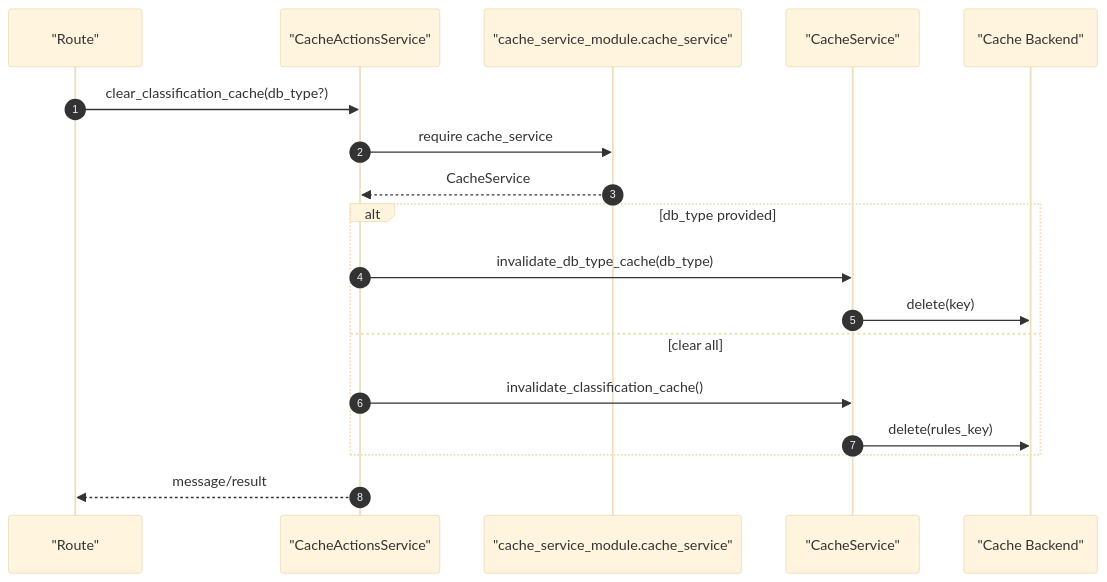
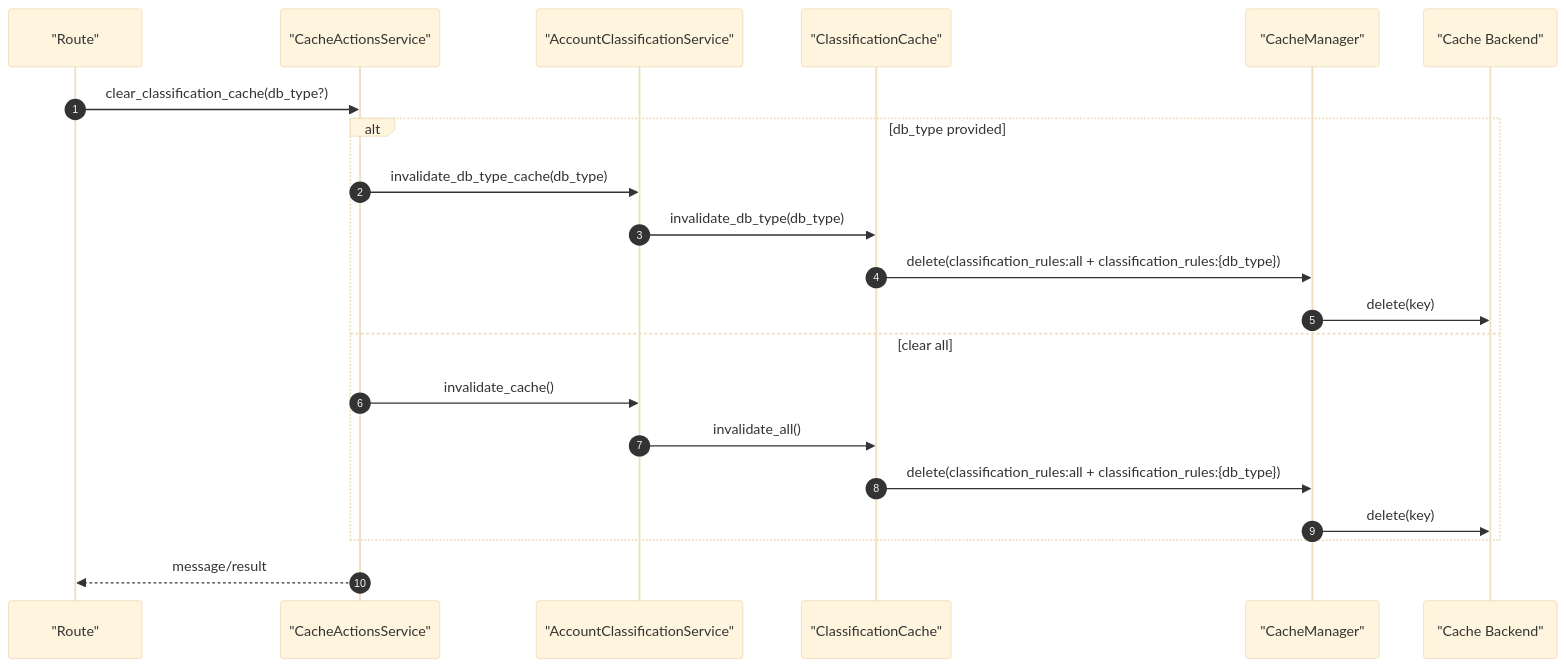
Before and after one commit to nyealovey/WhaleFall: the second of 2 diagrams in docs/Obsidian/reference/service/cache-services.md, drawn with Mermaid (base theme). The commit also changed other lines of this file and 16 other files, not shown here.

````diff
--- a/docs/Obsidian/reference/service/cache-services.md
+++ b/docs/Obsidian/reference/service/cache-services.md
@@ -81,21 +93,24 @@
 ```mermaid
 sequenceDiagram
     autonumber
     participant Route as "Route"
     participant Actions as "CacheActionsService"
-    participant Global as "cache_service_module.cache_service"
-    participant Cache as "CacheService"
+    participant Classify as "AccountClassificationService"
+    participant Cache as "ClassificationCache"
+    participant Manager as "CacheManager"
     participant Backend as "Cache Backend"
 
     Route->>Actions: clear_classification_cache(db_type?)
-    Actions->>Global: require cache_service
-    Global-->>Actions: CacheService
     alt db_type provided
-        Actions->>Cache: invalidate_db_type_cache(db_type)
-        Cache->>Backend: delete(key)
+        Actions->>Classify: invalidate_db_type_cache(db_type)
+        Classify->>Cache: invalidate_db_type(db_type)
+        Cache->>Manager: delete(classification_rules:all + classification_rules:{db_type})
+        Manager->>Backend: delete(key)
     else clear all
-        Actions->>Cache: invalidate_classification_cache()
-        Cache->>Backend: delete(rules_key)
+        Actions->>Classify: invalidate_cache()
+        Classify->>Cache: invalidate_all()
+        Cache->>Manager: delete(classification_rules:all + classification_rules:{db_type})
+        Manager->>Backend: delete(key)
     end
     Actions-->>Route: message/result
 ```
````
